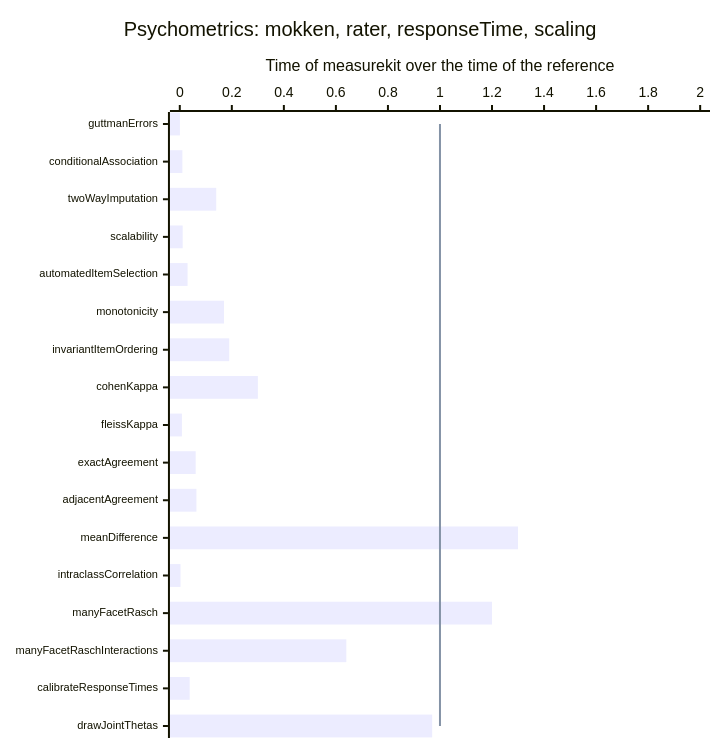
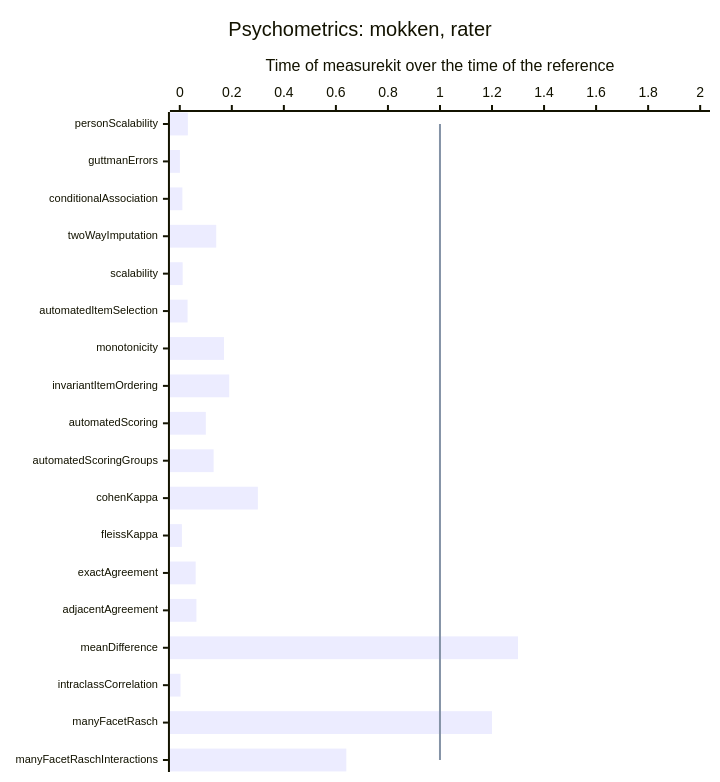
The tenth of 15 diagrams in docs/performance.md (measurekit/measurekit), drawn with Mermaid before and after one commit. The commit also changed other lines of this file and 1 other file, not shown here.

First line of the commit message:
Give the performance guide the rows and charts of fit, cat, the evaluation of automated scores and person scalability, and the timing of RSMTool

````diff
--- a/docs/performance.md
+++ b/docs/performance.md
@@ -93,9 +103,9 @@
 ```mermaid
-%%{init: {"xyChart": {"height": 728, "xAxis": {"labelFontSize": 11}}}}%%
+%%{init: {"xyChart": {"height": 762, "xAxis": {"labelFontSize": 11}}}}%%
 xychart-beta horizontal
-  title "Psychometrics: mokken, rater, responseTime, scaling"
-  x-axis ["guttmanErrors", "conditionalAssociation", "twoWayImputation", "scalability", "automatedItemSelection", "monotonicity", "invariantItemOrdering", "cohenKappa", "fleissKappa", "exactAgreement", "adjacentAgreement", "meanDifference", "intraclassCorrelation", "manyFacetRasch", "manyFacetRaschInteractions", "calibrateResponseTimes", "drawJointThetas"]
+  title "Psychometrics: mokken, rater"
+  x-axis ["personScalability", "guttmanErrors", "conditionalAssociation", "twoWayImputation", "scalability", "automatedItemSelection", "monotonicity", "invariantItemOrdering", "automatedScoring", "automatedScoringGroups", "cohenKappa", "fleissKappa", "exactAgreement", "adjacentAgreement", "meanDifference", "intraclassCorrelation", "manyFacetRasch", "manyFacetRaschInteractions"]
   y-axis "Time of measurekit over the time of the reference" 0 --> 2
-  bar [0.00054, 0.01, 0.14, 0.011, 0.03, 0.17, 0.19, 0.3, 0.0081, 0.061, 0.064, 1.3, 0.0029, 1.2, 0.64, 0.038, 0.97]
-  line [1, 1, 1, 1, 1, 1, 1, 1, 1, 1, 1, 1, 1, 1, 1, 1, 1]
+  bar [0.031, 0.00054, 0.01, 0.14, 0.011, 0.03, 0.17, 0.19, 0.1, 0.13, 0.3, 0.0081, 0.061, 0.064, 1.3, 0.0029, 1.2, 0.64]
+  line [1, 1, 1, 1, 1, 1, 1, 1, 1, 1, 1, 1, 1, 1, 1, 1, 1, 1]
 ```
````
